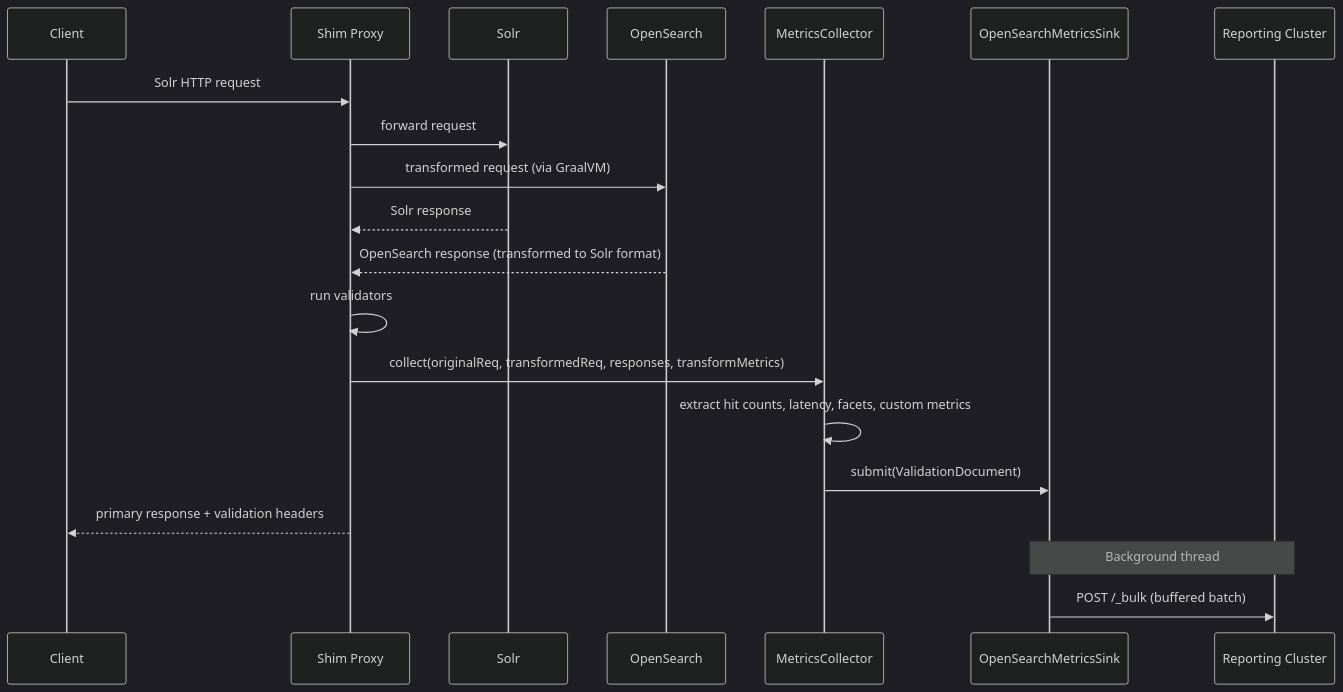
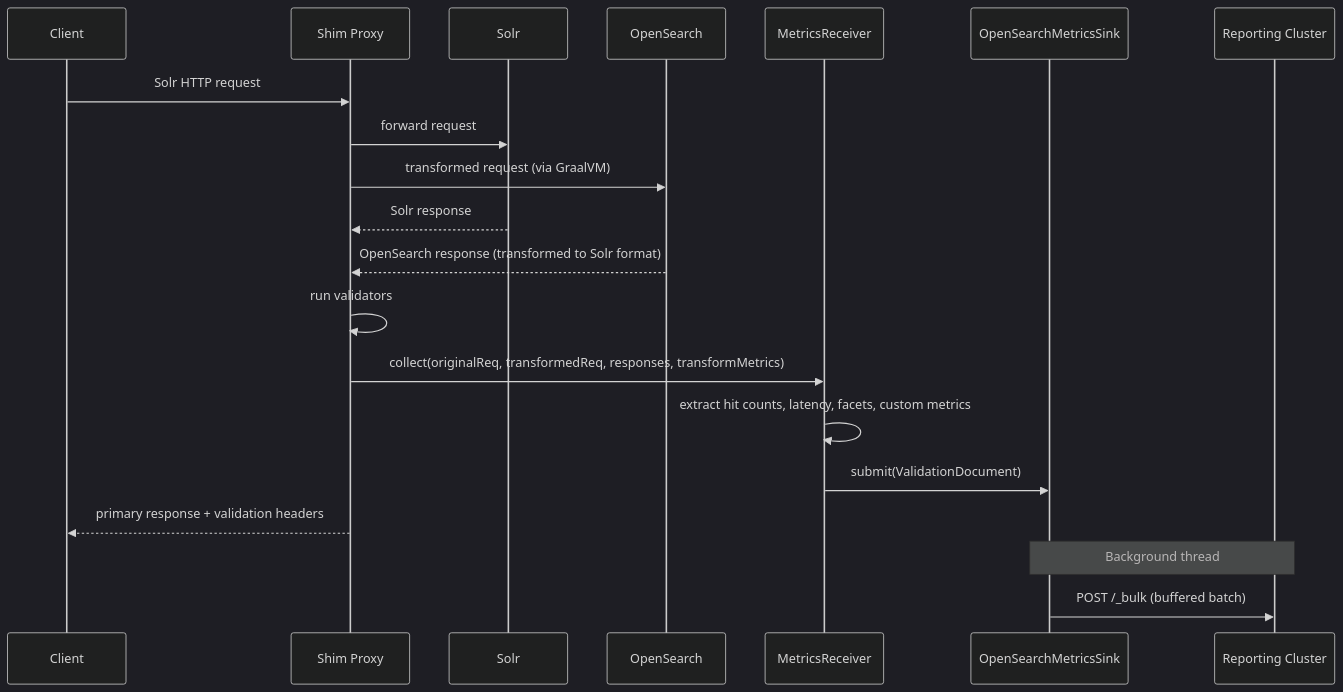
The diagram in TrafficCapture/SolrTransformations/docs/REPORTING.md (opensearch-project/opensearch-migrations), drawn with Mermaid (dark theme) before and after one commit. The commit also changed other lines of this file and 6 other files, not shown here.

Commit message:
Renamed collector to receiver. Removed hardcoded Solr and OpenSearch and used basline/candidate pair instead.

````diff
--- a/TrafficCapture/SolrTransformations/docs/REPORTING.md
+++ b/TrafficCapture/SolrTransformations/docs/REPORTING.md
@@ -27,23 +27,23 @@
 ```mermaid
 sequenceDiagram
     participant Client
     participant Shim as Shim Proxy
     participant Solr
     participant OS as OpenSearch
-    participant MC as MetricsCollector
+    participant MC as MetricsReceiver
     participant Sink as OpenSearchMetricsSink
     participant RC as Reporting Cluster
 
     Client->>Shim: Solr HTTP request
     Shim->>Solr: forward request
     Shim->>OS: transformed request (via GraalVM)
     Solr-->>Shim: Solr response
     OS-->>Shim: OpenSearch response (transformed to Solr format)
     Shim->>Shim: run validators
     Shim->>MC: collect(originalReq, transformedReq, responses, transformMetrics)
     MC->>MC: extract hit counts, latency, facets, custom metrics
     MC->>Sink: submit(ValidationDocument)
     Shim-->>Client: primary response + validation headers
     Note over Sink,RC: Background thread
     Sink->>RC: POST /_bulk (buffered batch)
 ```
````
